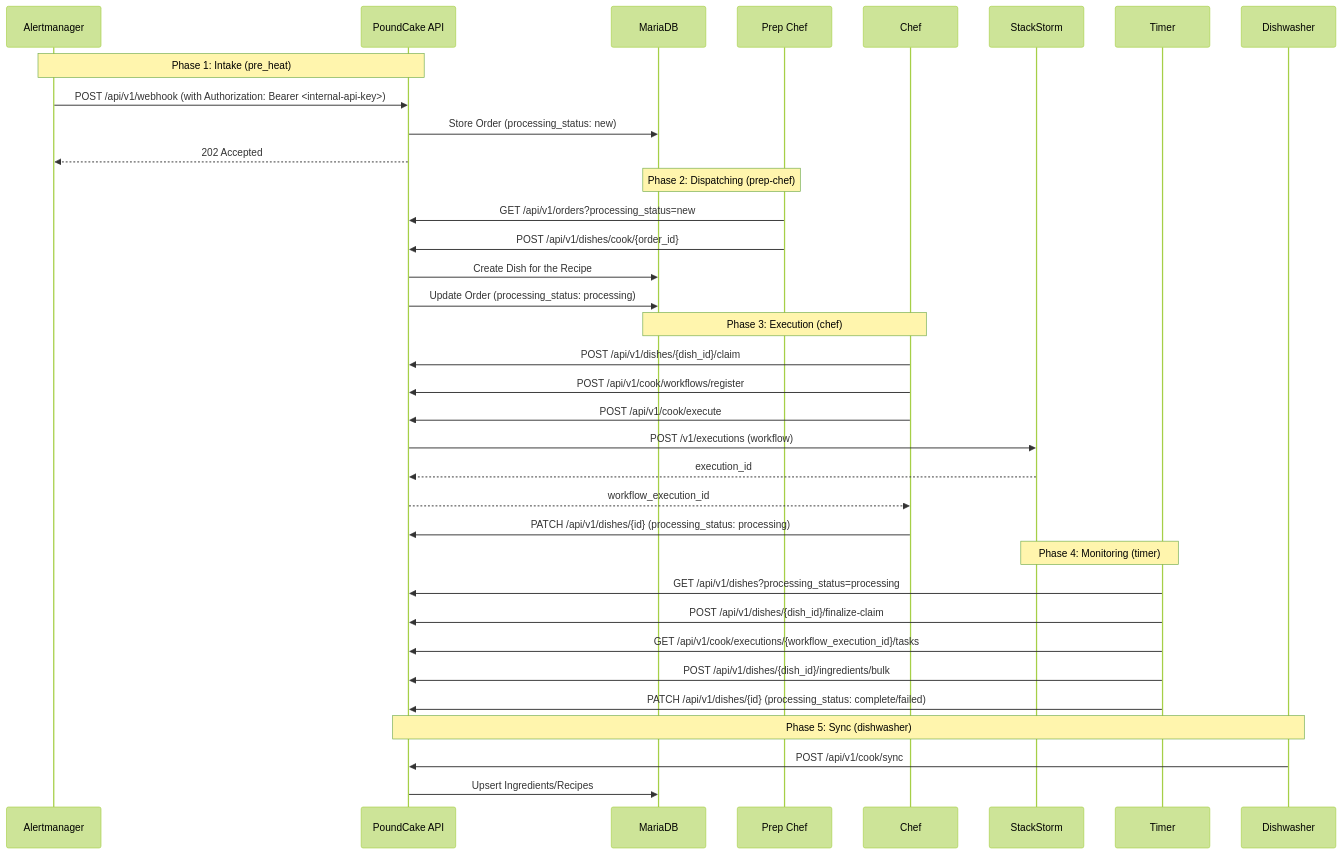
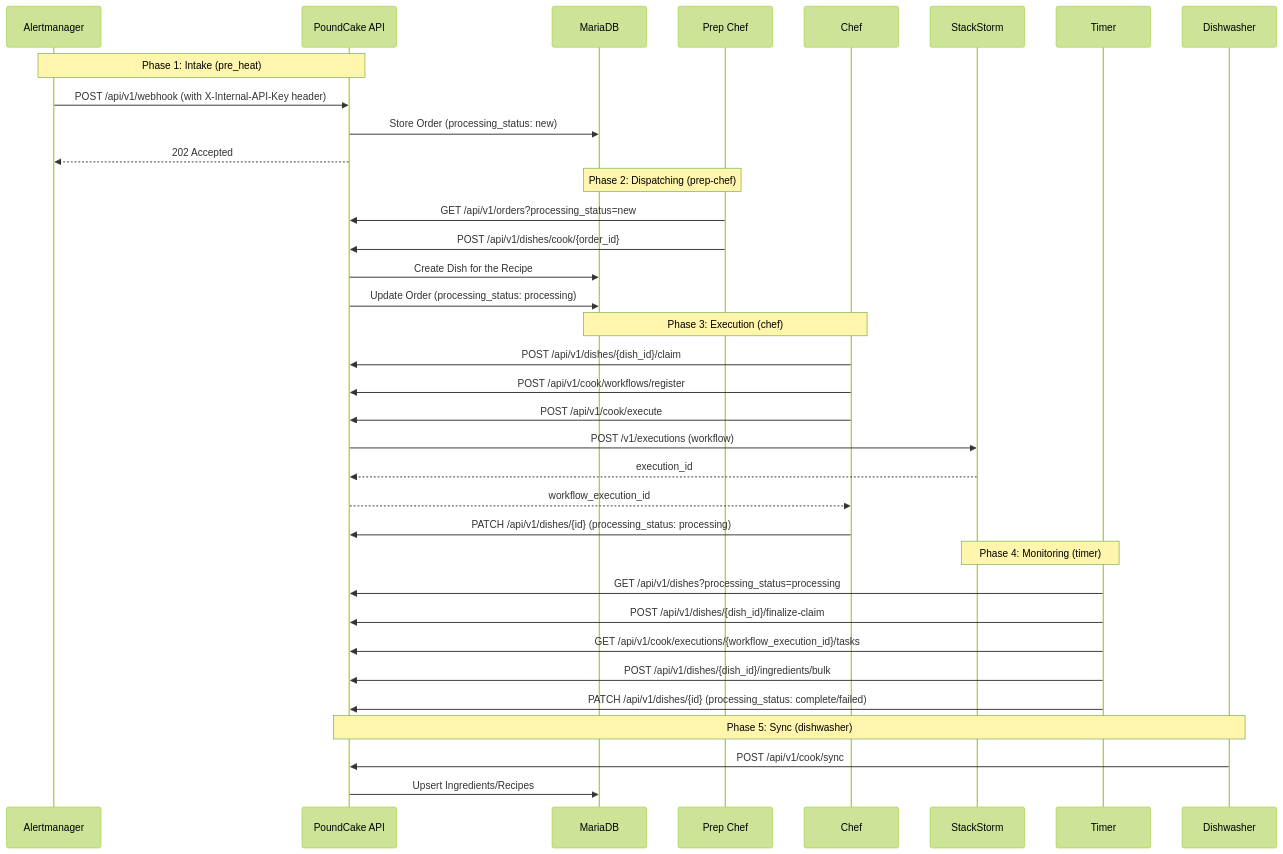
The first of 4 diagrams in README.md (rackerlabs/bakery), drawn with Mermaid (forest theme) before and after one commit. The commit also changed other lines of this file and 1 other file, not shown here.

Commit message:
docs: add alertmanager webhook auth setup guidance

````diff
--- a/README.md
+++ b/README.md
@@ -11,42 +11,42 @@
 ```mermaid
 sequenceDiagram
     participant AM as Alertmanager
     participant API as PoundCake API
     participant DB as MariaDB
     participant PC as Prep Chef
     participant C as Chef
     participant ST2 as StackStorm
     participant T as Timer
     participant DW as Dishwasher
 
     Note over AM, API: Phase 1: Intake (pre_heat)
-    AM->>API: POST /api/v1/webhook (with Authorization: Bearer <internal-api-key>)
+    AM->>API: POST /api/v1/webhook (with X-Internal-API-Key header)
     API->>DB: Store Order (processing_status: new)
     API-->>AM: 202 Accepted
 
     Note over DB, PC: Phase 2: Dispatching (prep-chef)
     PC->>API: GET /api/v1/orders?processing_status=new
     PC->>API: POST /api/v1/dishes/cook/{order_id}
     API->>DB: Create Dish for the Recipe
     API->>DB: Update Order (processing_status: processing)
 
     Note over DB, C: Phase 3: Execution (chef)
     C->>API: POST /api/v1/dishes/{dish_id}/claim
     C->>API: POST /api/v1/cook/workflows/register
     C->>API: POST /api/v1/cook/execute
     API->>ST2: POST /v1/executions (workflow)
     ST2-->>API: execution_id
     API-->>C: workflow_execution_id
     C->>API: PATCH /api/v1/dishes/{id} (processing_status: processing)
 
     Note over ST2, T: Phase 4: Monitoring (timer)
     T->>API: GET /api/v1/dishes?processing_status=processing
     T->>API: POST /api/v1/dishes/{dish_id}/finalize-claim
     T->>API: GET /api/v1/cook/executions/{workflow_execution_id}/tasks
     T->>API: POST /api/v1/dishes/{dish_id}/ingredients/bulk
     T->>API: PATCH /api/v1/dishes/{id} (processing_status: complete/failed)
 
     Note over API, DW: Phase 5: Sync (dishwasher)
     DW->>API: POST /api/v1/cook/sync
     API->>DB: Upsert Ingredients/Recipes
 ```
````
